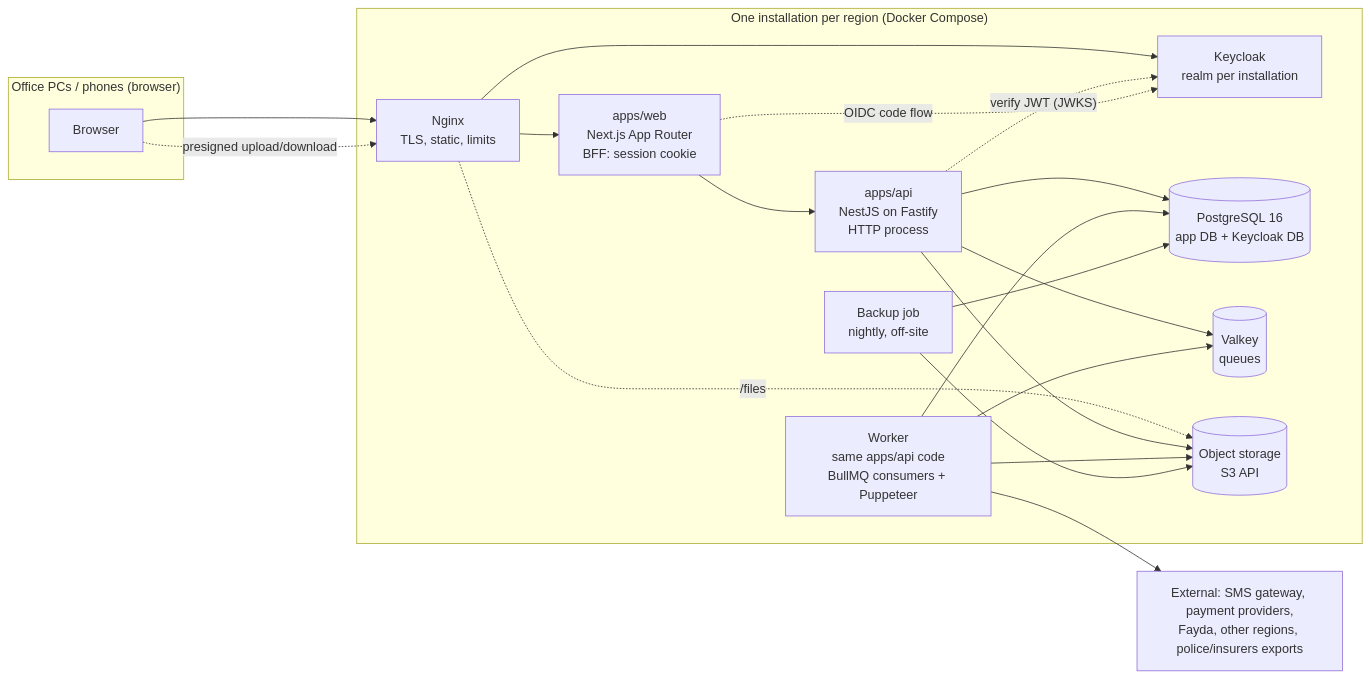
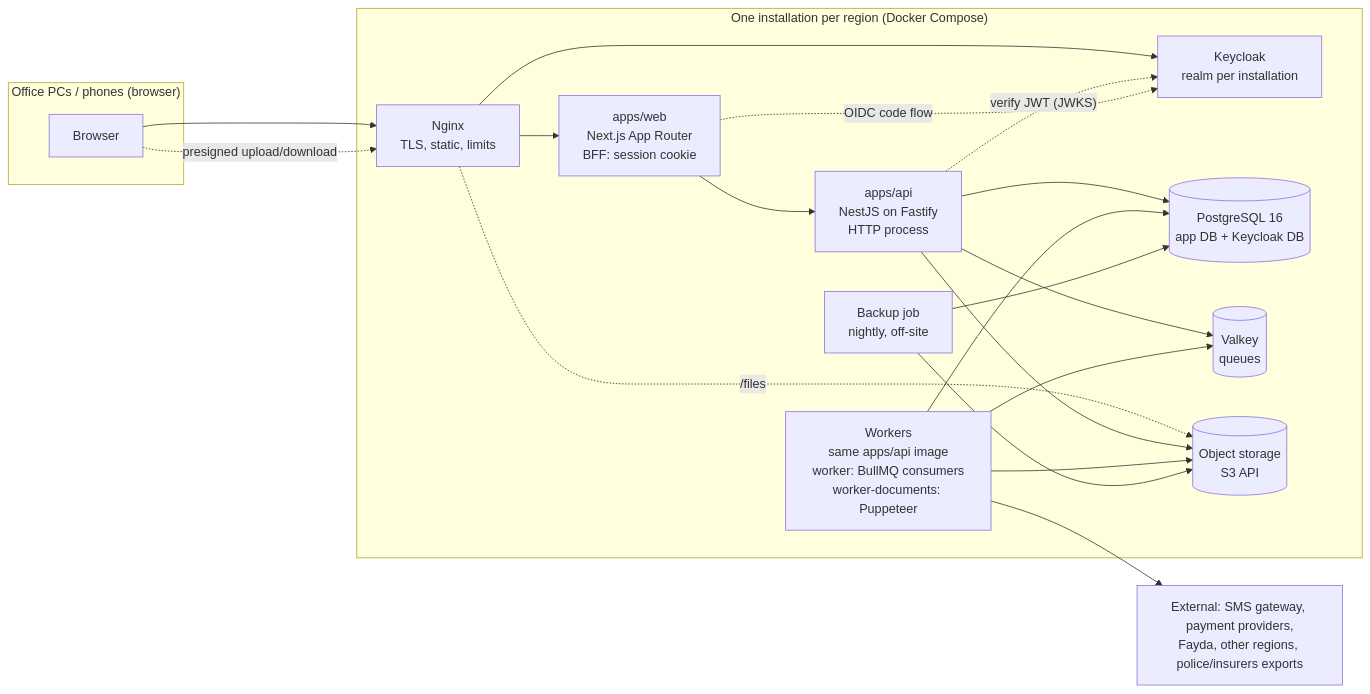
Before and after one commit to wwwabebayehualaro-ai/itrms: the diagram in docs/architecture.md, drawn with Mermaid. The commit also changed other lines of this file and 17 other files, not shown here.

First line of the commit message:
docs(architecture): frontend, backend and shared code structure (ADR-0032)

````diff
--- a/docs/architecture.md
+++ b/docs/architecture.md
@@ -10,33 +10,33 @@
 ```mermaid
 flowchart LR
     subgraph clients["Office PCs / phones (browser)"]
         B[Browser]
     end
     subgraph host["One installation per region (Docker Compose)"]
         N[Nginx<br/>TLS, static, limits]
         W[apps/web<br/>Next.js App Router<br/>BFF: session cookie]
         A[apps/api<br/>NestJS on Fastify<br/>HTTP process]
-        K[Worker<br/>same apps/api code<br/>BullMQ consumers + Puppeteer]
+        K[Workers<br/>same apps/api image<br/>worker: BullMQ consumers<br/>worker-documents: Puppeteer]
         KC[Keycloak<br/>realm per installation]
         PG[(PostgreSQL 16<br/>app DB + Keycloak DB)]
         V[(Valkey<br/>queues)]
         S[(Object storage<br/>S3 API)]
         BK[Backup job<br/>nightly, off-site]
     end
     EXT[External: SMS gateway, payment providers,<br/>Fayda, other regions, police/insurers exports]
 
     B --> N --> W --> A
     N --> KC
     B -. presigned upload/download .-> N -. /files .-> S
     A --> PG
     A --> V
     A --> S
     K --> PG
     K --> V
     K --> S
     K --> EXT
     A -. verify JWT (JWKS) .-> KC
     W -. OIDC code flow .-> KC
     BK --> PG
     BK --> S
 ```
````
